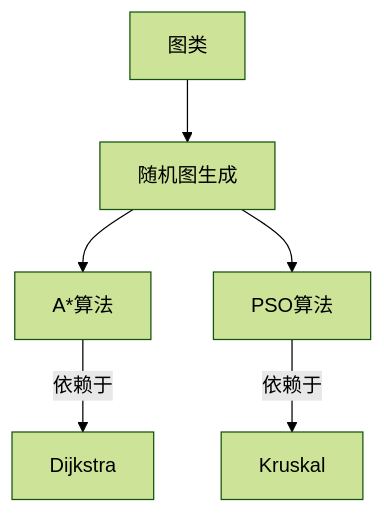
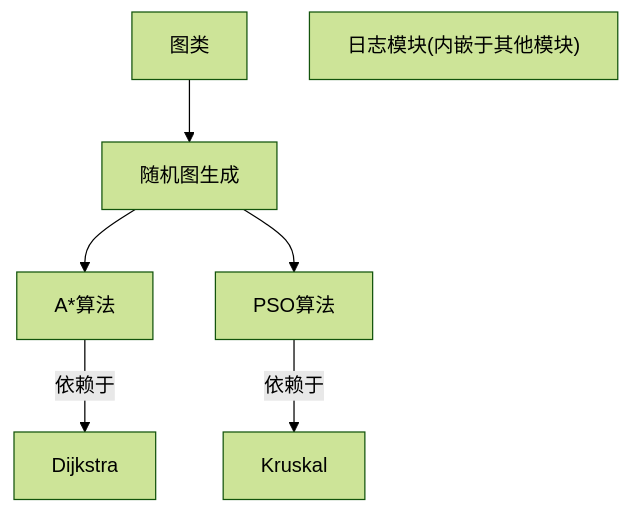
Before and after one commit to secret4233/auto_routing: the diagram in README.md, drawn with Mermaid (forest theme). The commit also changed 4 other files, not shown here.

````diff
--- a/README.md
+++ b/README.md
@@ -10,10 +10,11 @@
 ```mermaid
 graph TD
     graphClass[图类] --> randGraph[随机图生成]
     randGraph --> aStar[A*算法]
     randGraph --> pso[PSO算法]
     aStar -- 依赖于 --> Dijkstra
     pso -- 依赖于 --> Kruskal 
 
+    log["日志模块(内嵌于其他模块)"]
 
 ```
````
